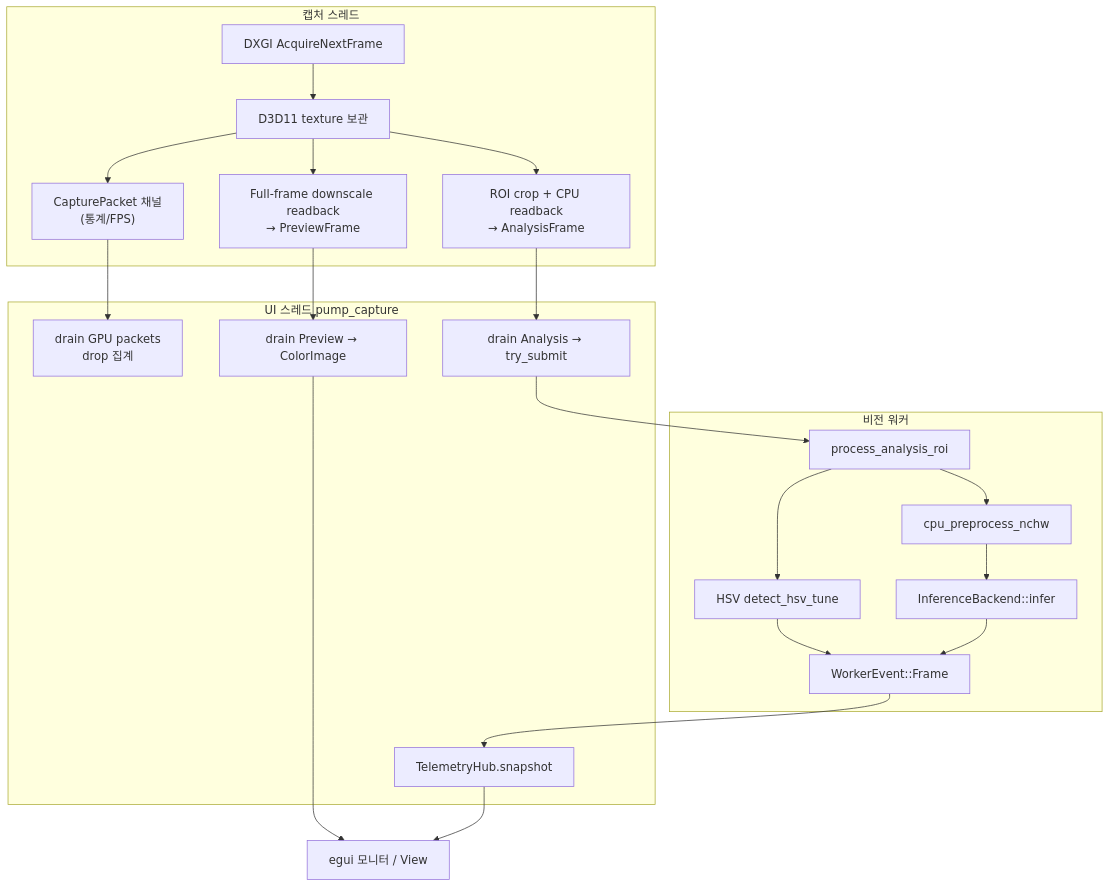
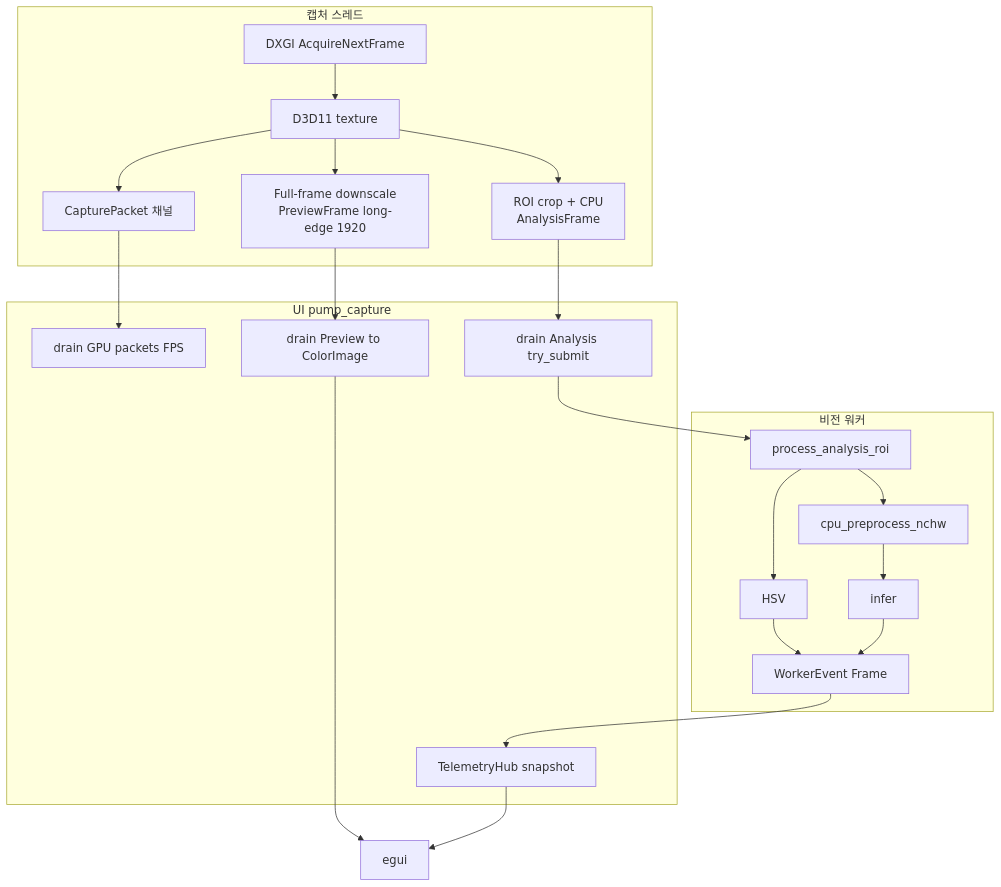
Before and after one commit to NAMUORI00/display-share: the first of 8 diagrams in 파이프라인.md, drawn with Mermaid. The commit also changed other lines of this file and 25 other files, not shown here.

First line of the commit message:
docs(wiki): complete pages for current privacy/DXGI architecture

````diff
--- a/파이프라인.md
+++ b/파이프라인.md
@@ -7,39 +7,34 @@
 ```mermaid
 flowchart TB
-  subgraph CaptureThread["캡처 스레드"]
-    A1["DXGI AcquireNextFrame"]
-    A2["D3D11 texture 보관"]
-    A3["ROI crop + CPU readback<br/>→ AnalysisFrame"]
-    A4["Full-frame downscale readback<br/>→ PreviewFrame"]
-    A5["CapturePacket 채널<br/>(통계/FPS)"]
+  subgraph Cap[캡처 스레드]
+    A1[DXGI AcquireNextFrame]
+    A2[D3D11 texture]
+    A3[ROI crop + CPU<br/>AnalysisFrame]
+    A4[Full-frame downscale<br/>PreviewFrame long-edge 1920]
+    A5[CapturePacket 채널]
     A1 --> A2 --> A3
     A2 --> A4
     A2 --> A5
   end
-
-  subgraph UIThread["UI 스레드 pump_capture"]
-    B1["drain GPU packets<br/>drop 집계"]
-    B2["drain Preview → ColorImage"]
-    B3["drain Analysis → try_submit"]
-    B4["TelemetryHub.snapshot"]
+  subgraph Ui[UI pump_capture]
+    B1[drain GPU packets FPS]
+    B2[drain Preview to ColorImage]
+    B3[drain Analysis try_submit]
+    B4[TelemetryHub snapshot]
   end
-
-  subgraph VisionWorker["비전 워커"]
-    C1["process_analysis_roi"]
-    C2["HSV detect_hsv_tune"]
-    C3["cpu_preprocess_nchw"]
-    C4["InferenceBackend::infer"]
-    C5["WorkerEvent::Frame"]
-    C1 --> C2
-    C1 --> C3 --> C4
-    C2 --> C5
-    C4 --> C5
+  subgraph Vw[비전 워커]
+    C1[process_analysis_roi]
+    C2[HSV]
+    C3[cpu_preprocess_nchw]
+    C4[infer]
+    C5[WorkerEvent Frame]
+    C1 --> C2 --> C5
+    C1 --> C3 --> C4 --> C5
   end
-
   A5 --> B1
   A4 --> B2
   A3 --> B3 --> C1
   C5 --> B4
-  B2 --> UI["egui 모니터 / View"]
-  B4 --> UI
+  B2 --> EG[egui]
+  B4 --> EG
 ```
````
